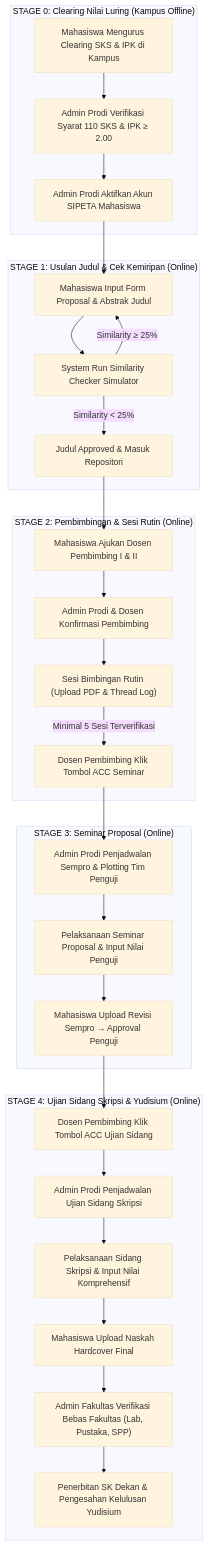
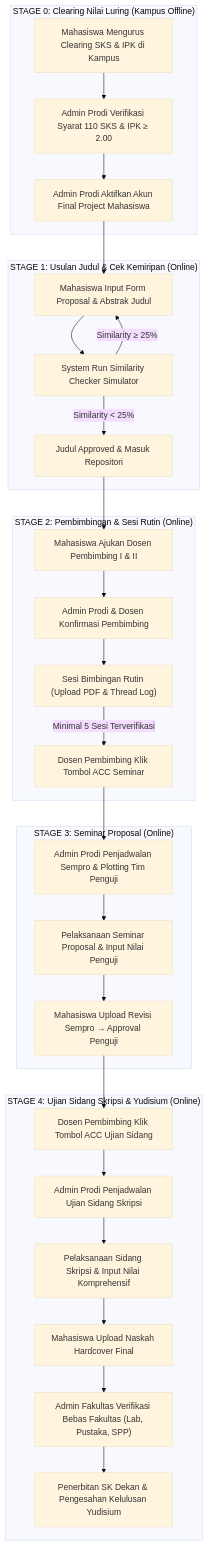
The third of 4 diagrams in docs/PRODUCT_KNOWLEDGE.md (DanuZen/isi-final-project), drawn with Mermaid (base theme) before and after one commit. The commit also changed other lines of this file and 12 other files, not shown here.

Commit message:
docs: update all documentation to PT MBOIS Final Project design system and branding

````diff
--- a/docs/PRODUCT_KNOWLEDGE.md
+++ b/docs/PRODUCT_KNOWLEDGE.md
@@ -366,36 +366,36 @@
 ```mermaid
 flowchart TD
     subgraph S0["STAGE 0: Clearing Nilai Luring (Kampus Offline)"]
         A1["Mahasiswa Mengurus Clearing SKS & IPK di Kampus"] --> A2["Admin Prodi Verifikasi Syarat 110 SKS & IPK ≥ 2.00"]
-        A2 --> A3["Admin Prodi Aktifkan Akun SIPETA Mahasiswa"]
+        A2 --> A3["Admin Prodi Aktifkan Akun Final Project Mahasiswa"]
     end
 
     subgraph S1["STAGE 1: Usulan Judul & Cek Kemiripan (Online)"]
         A3 --> B1["Mahasiswa Input Form Proposal & Abstrak Judul"]
         B1 --> B2["System Run Similarity Checker Simulator"]
         B2 -->|Similarity < 25%| B3["Judul Approved & Masuk Repositori"]
         B2 -->|Similarity ≥ 25%| B1
     end
 
     subgraph S2["STAGE 2: Pembimbingan & Sesi Rutin (Online)"]
         B3 --> C1["Mahasiswa Ajukan Dosen Pembimbing I & II"]
         C1 --> C2["Admin Prodi & Dosen Konfirmasi Pembimbing"]
         C2 --> C3["Sesi Bimbingan Rutin (Upload PDF & Thread Log)"]
         C3 -->|Minimal 5 Sesi Terverifikasi| C4["Dosen Pembimbing Klik Tombol ACC Seminar"]
     end
 
     subgraph S3["STAGE 3: Seminar Proposal (Online)"]
         C4 --> D1["Admin Prodi Penjadwalan Sempro & Plotting Tim Penguji"]
         D1 --> D2["Pelaksanaan Seminar Proposal & Input Nilai Penguji"]
         D2 --> D3["Mahasiswa Upload Revisi Sempro → Approval Penguji"]
     end
 
     subgraph S4["STAGE 4: Ujian Sidang Skripsi & Yudisium (Online)"]
         D3 --> E1["Dosen Pembimbing Klik Tombol ACC Ujian Sidang"]
         E1 --> E2["Admin Prodi Penjadwalan Ujian Sidang Skripsi"]
         E2 --> E3["Pelaksanaan Sidang Skripsi & Input Nilai Komprehensif"]
         E3 --> E4["Mahasiswa Upload Naskah Hardcover Final"]
         E4 --> E5["Admin Fakultas Verifikasi Bebas Fakultas (Lab, Pustaka, SPP)"]
         E5 --> E6["Penerbitan SK Dekan & Pengesahan Kelulusan Yudisium"]
     end
 ```
````
